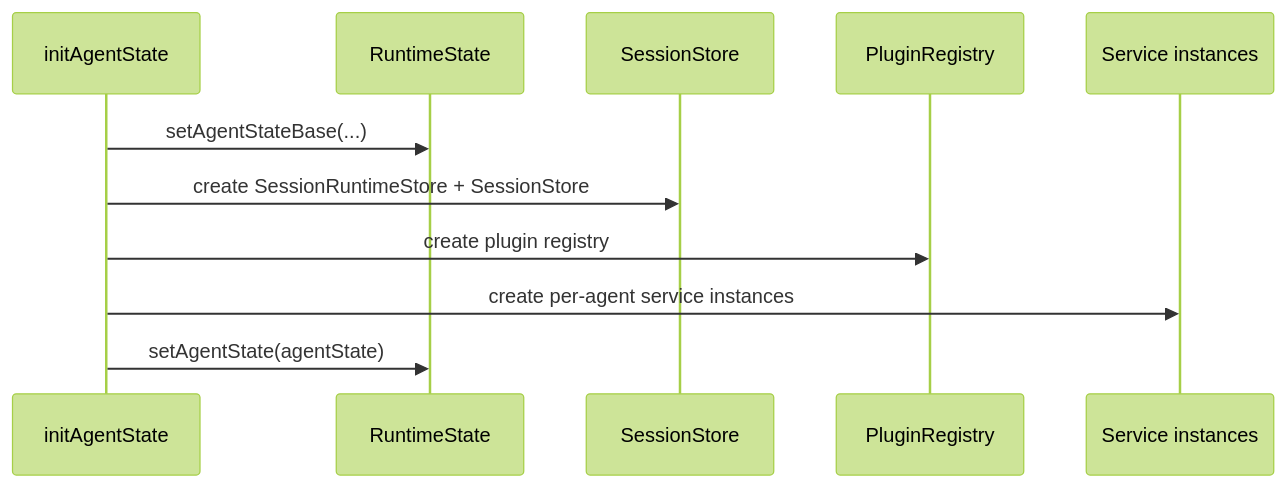
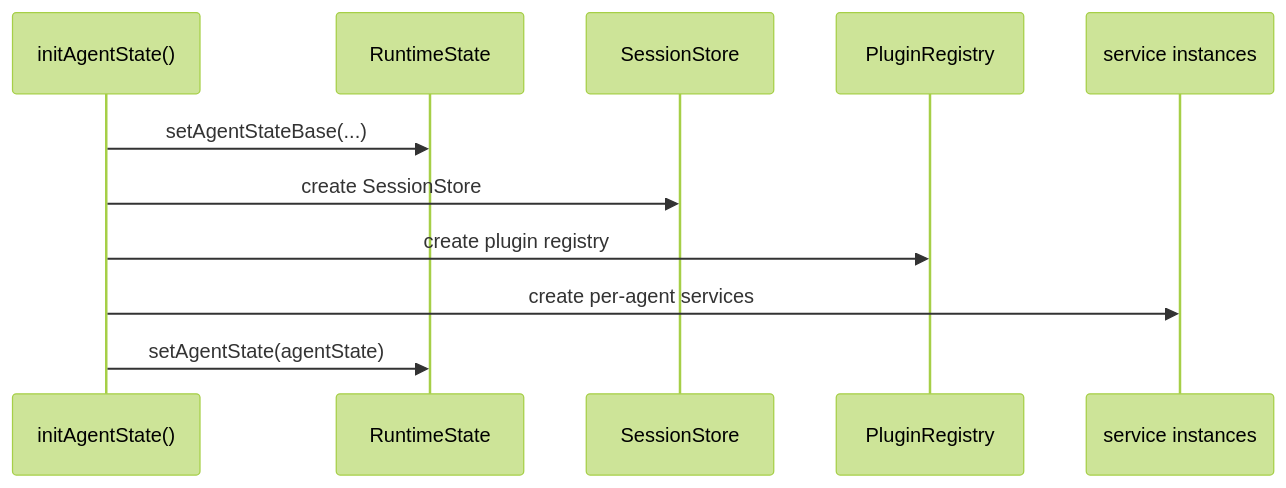
One commit to wangenius/downcity changed the third of 7 diagrams in devdocs/startup-and-api-flow.md. Above: the diagram before and after it, drawn with Mermaid (forest theme). The commit also changed other lines of this file and 96 other files, not shown here.

````diff
--- a/devdocs/startup-and-api-flow.md
+++ b/devdocs/startup-and-api-flow.md
@@ -128,14 +110,14 @@
 ```mermaid
 sequenceDiagram
-  participant Init as initAgentState
-  participant State as RuntimeState
-  participant Session as SessionStore
-  participant Plugin as PluginRegistry
-  participant Service as Service instances
+  participant INIT as initAgentState()
+  participant STATE as RuntimeState
+  participant SESSION as SessionStore
+  participant PLUGINS as PluginRegistry
+  participant SERVICES as service instances
 
-  Init->>State: setAgentStateBase(...)
-  Init->>Session: create SessionRuntimeStore + SessionStore
-  Init->>Plugin: create plugin registry
-  Init->>Service: create per-agent service instances
-  Init->>State: setAgentState(agentState)
+  INIT->>STATE: setAgentStateBase(...)
+  INIT->>SESSION: create SessionStore
+  INIT->>PLUGINS: create plugin registry
+  INIT->>SERVICES: create per-agent services
+  INIT->>STATE: setAgentState(agentState)
 ```
````
